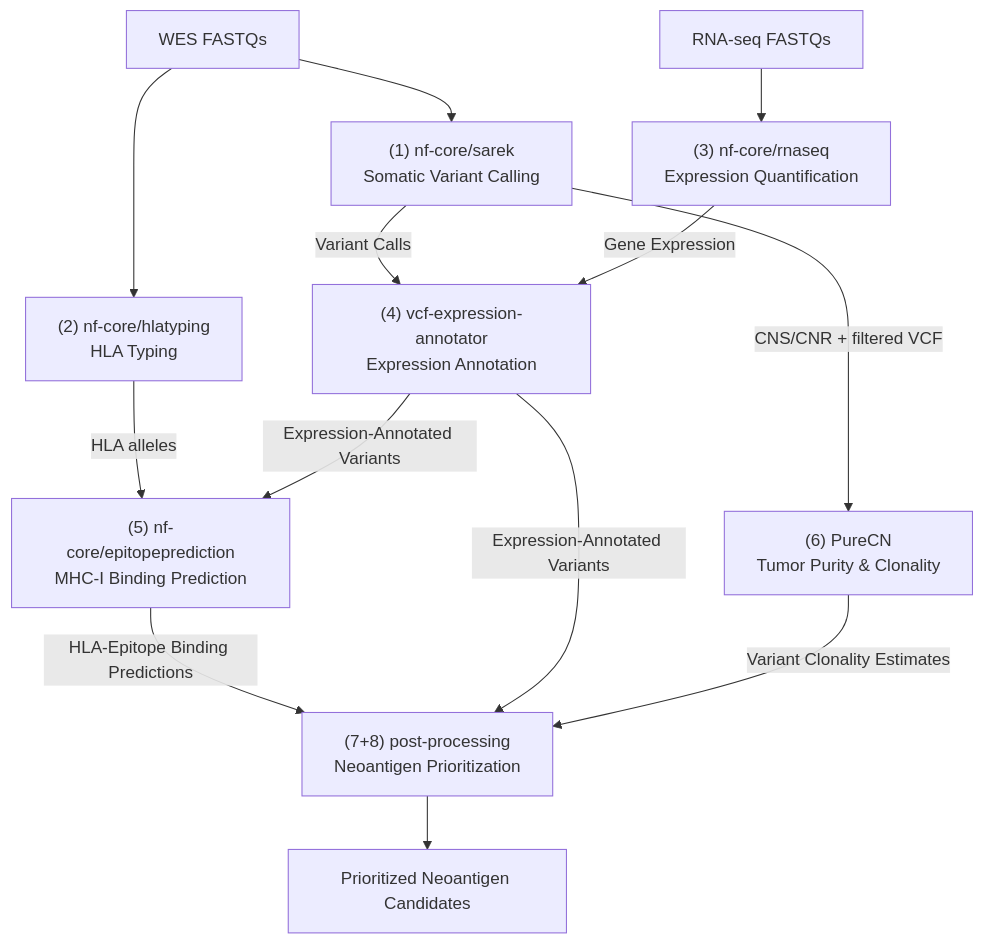
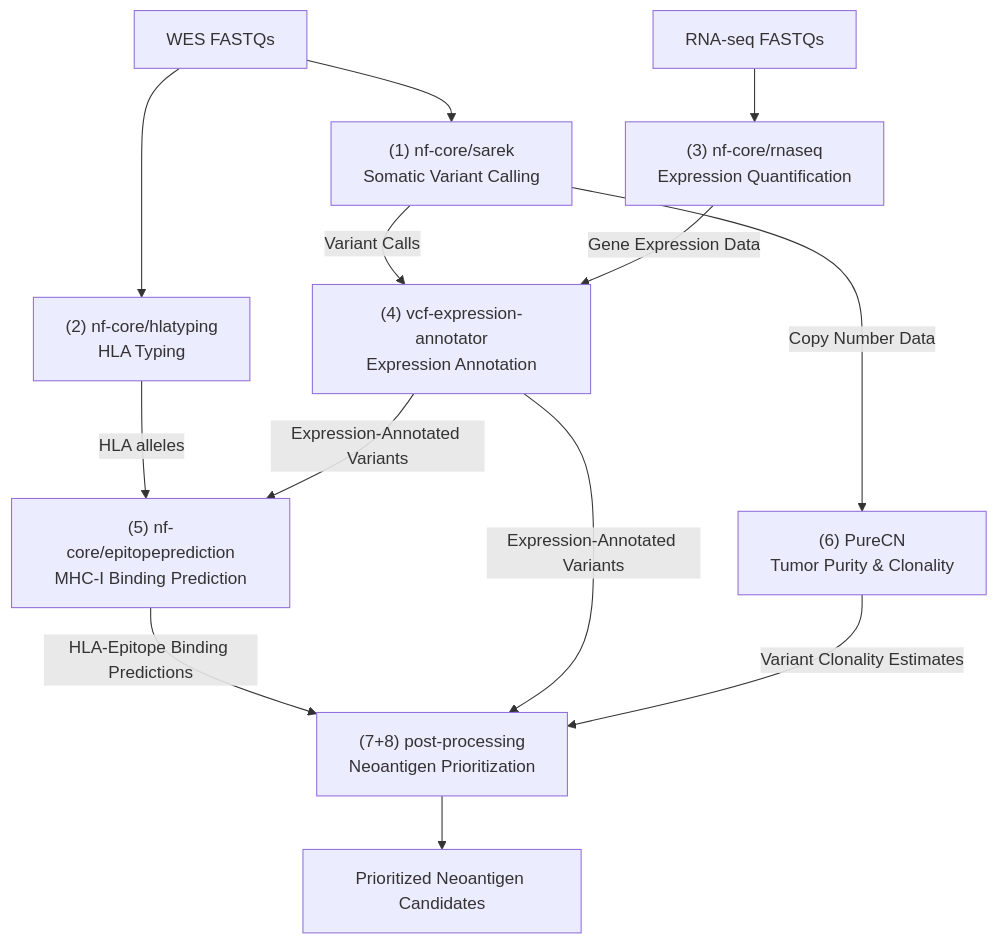
One commit to tylergross97/neoantigen-prefect changed the first of 2 diagrams in blog_post_draft.md. Above: the diagram before and after it, drawn with Mermaid.

Commit message:
Updated mermaid diagram in blog post

````diff
--- a/blog_post_draft.md
+++ b/blog_post_draft.md
@@ -21,20 +21,20 @@
 ```mermaid
 flowchart TD
     A[WES FASTQs] --> S1["(1) nf-core/sarek\nSomatic Variant Calling"]
     B[RNA-seq FASTQs] --> S3["(3) nf-core/rnaseq\nExpression Quantification"]
 
     S1 -->|Variant Calls| S4["(4) vcf-expression-annotator\nExpression Annotation"]
-    S1 -->|CNS/CNR + filtered VCF| S6["(6) PureCN\nTumor Purity & Clonality"]
-    S3 -->|Gene Expression| S4
+    S1 -->|Copy Number Data| S6["(6) PureCN\nTumor Purity & Clonality"]
+    S3 -->|Gene Expression Data| S4
 
     A --> S2["(2) nf-core/hlatyping\nHLA Typing"]
 
     S2 -->|HLA alleles| S5["(5) nf-core/epitopeprediction\nMHC-I Binding Prediction"]
     S4 -->|Expression-Annotated Variants| S5
 
     S5 -->|HLA-Epitope Binding Predictions| PP["(7+8) post-processing\nNeoantigen Prioritization"]
     S4 -->|Expression-Annotated Variants| PP
     S6 -->|Variant Clonality Estimates| PP
 
     PP --> OUT[Prioritized Neoantigen Candidates]
 ```
````
